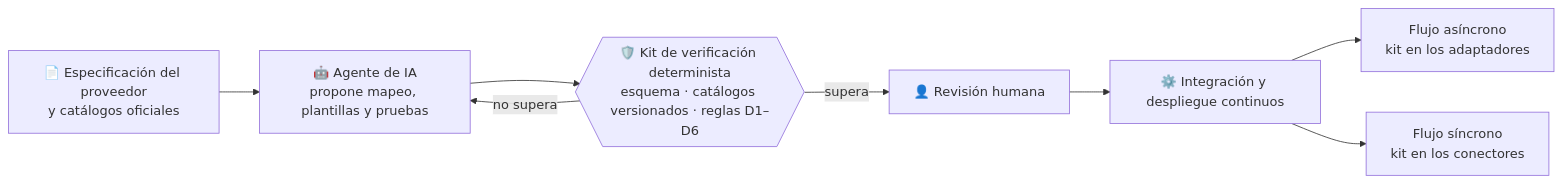
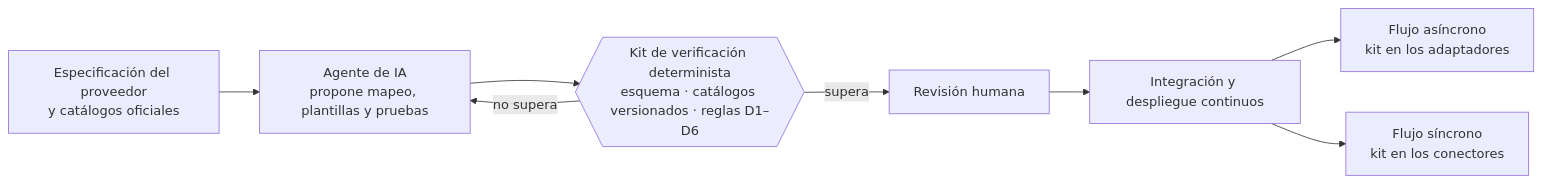
Before and after one commit to AlejoTechEngineer/veriagent-einvoice-latam: the second of 4 diagrams in entrega-1-borrador-inicial/README.md, drawn with Mermaid. The commit also changed other lines of this file and 2 other files, not shown here.

````diff
--- a/entrega-1-borrador-inicial/README.md
+++ b/entrega-1-borrador-inicial/README.md
@@ -154,10 +154,10 @@
 ```mermaid
 flowchart LR
-    ES["📄 Especificación del proveedor<br/>y catálogos oficiales"] --> AG["🤖 Agente de IA<br/>propone mapeo, plantillas y pruebas"]
-    AG --> KV{{"🛡️ Kit de verificación determinista<br/>esquema · catálogos versionados · reglas D1–D6"}}
+    ES["Especificación del proveedor<br/>y catálogos oficiales"] --> AG["Agente de IA<br/>propone mapeo, plantillas y pruebas"]
+    AG --> KV{{"Kit de verificación determinista<br/>esquema · catálogos versionados · reglas D1–D6"}}
     KV -->|no supera| AG
-    KV -->|supera| RH["👤 Revisión humana"]
-    RH --> CI["⚙️ Integración y despliegue continuos"]
+    KV -->|supera| RH["Revisión humana"]
+    RH --> CI["Integración y despliegue continuos"]
     CI --> AS["Flujo asíncrono<br/>kit en los adaptadores"]
     CI --> SY["Flujo síncrono<br/>kit en los conectores"]
 ```
````
